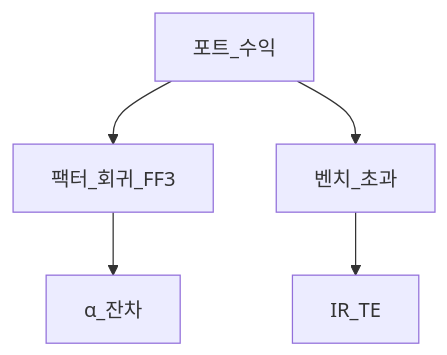
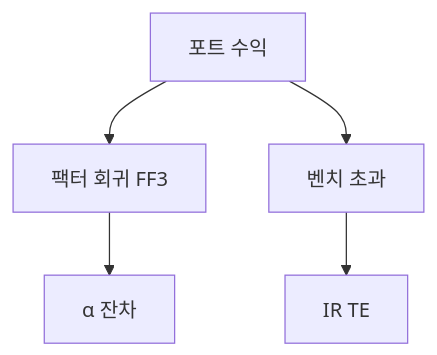
One commit to goldanghenry/Finances changed the third of 4 diagrams in 08-advanced/quant-investing-intro.md. Above: the diagram before and after it, drawn with Mermaid. The commit also changed other lines of this file and 211 other files, not shown here.

````diff
--- a/08-advanced/quant-investing-intro.md
+++ b/08-advanced/quant-investing-intro.md
@@ -269,7 +263,7 @@
 ```mermaid
 flowchart TD
-  Ret[포트_수익] --> Reg[팩터_회귀_FF3]
-  Reg --> Alpha[α_잔차]
-  Ret --> Bench[벤치_초과]
-  Bench --> IR[IR_TE]
+  Ret["포트 수익"] --> Reg["팩터 회귀 FF3"]
+  Reg --> Alpha["α 잔차"]
+  Ret --> Bench["벤치 초과"]
+  Bench --> IR["IR TE"]
 ```
````
